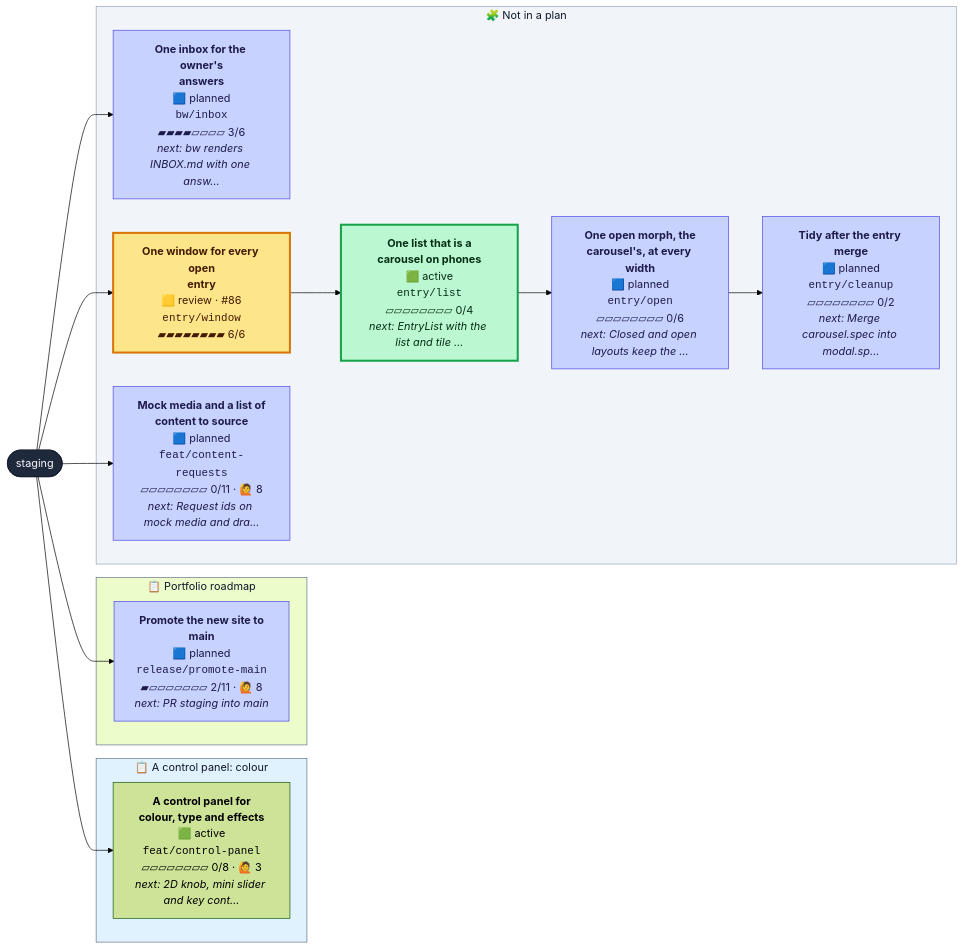
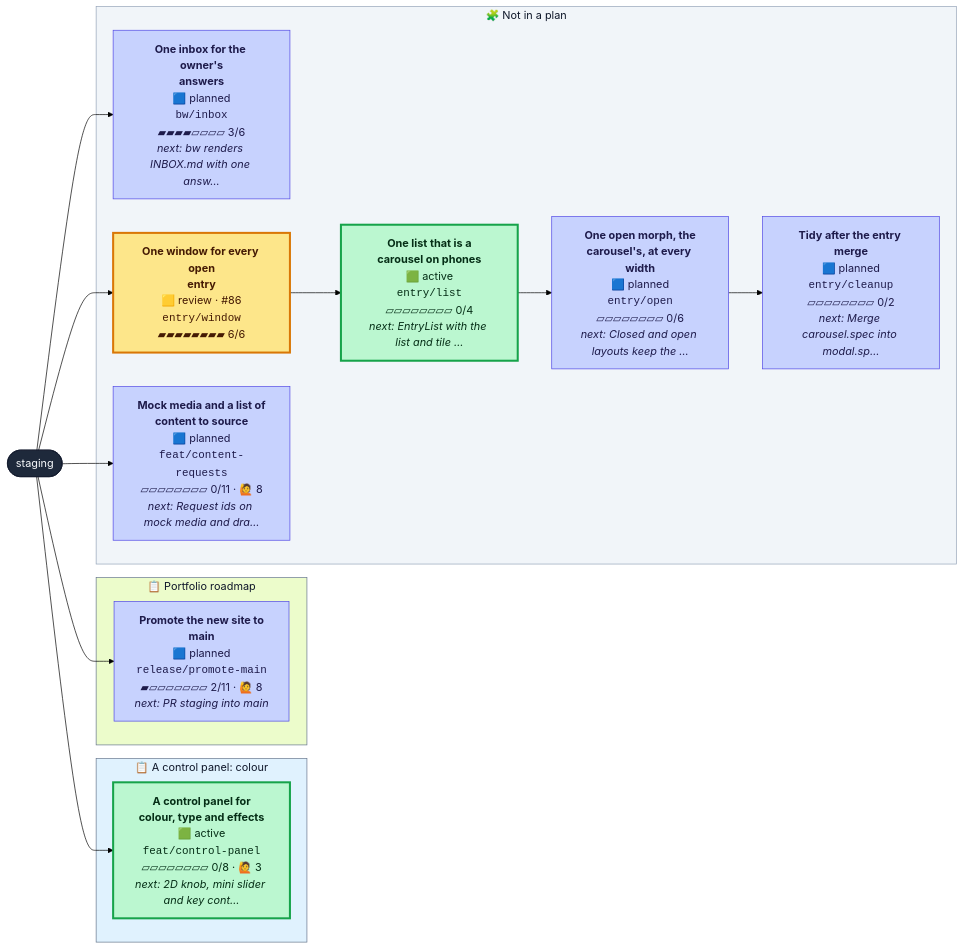
The diagram in CONTRIBUTING.md (henryjonescodes/portfolio), drawn with Mermaid (forest theme) before and after one commit. The commit also changed other lines of this file and 1 other file, not shown here.

````diff
--- a/CONTRIBUTING.md
+++ b/CONTRIBUTING.md
@@ -16,44 +16,44 @@
 ```mermaid
 flowchart LR
   n_staging([staging])
   class n_staging trunk
   subgraph plan_0["📋 A control panel: colour"]
     n_feat_control_panel["<b>A control panel for<br/>colour, type and effects</b><br/>🟩 active<br/><code>feat/control-panel</code><br/>▱▱▱▱▱▱▱▱ 0/8 · 🙋 3<br/><i>next: 2D knob, mini slider and key cont…</i>"]
-    class n_feat_control_panel active,current
+    class n_feat_control_panel active
   end
   style plan_0 fill:#e0f2fe,stroke:#64748b,color:#0f172a
   subgraph plan_2["📋 Portfolio roadmap"]
     n_release_promote_main["<b>Promote the new site to<br/>main</b><br/>🟦 planned<br/><code>release/promote-main</code><br/>▰▱▱▱▱▱▱▱ 2/11 · 🙋 8<br/><i>next: PR staging into main</i>"]
     class n_release_promote_main planned
   end
   style plan_2 fill:#ecfccb,stroke:#64748b,color:#0f172a
   subgraph loose["🧩 Not in a plan"]
     n_bw_inbox["<b>One inbox for the owner's<br/>answers</b><br/>🟦 planned<br/><code>bw/inbox</code><br/>▰▰▰▰▱▱▱▱ 3/6<br/><i>next: bw renders INBOX.md with one answ…</i>"]
     class n_bw_inbox planned
     n_entry_cleanup["<b>Tidy after the entry merge</b><br/>🟦 planned<br/><code>entry/cleanup</code><br/>▱▱▱▱▱▱▱▱ 0/2<br/><i>next: Merge carousel.spec into modal.sp…</i>"]
     class n_entry_cleanup planned
     n_entry_list["<b>One list that is a<br/>carousel on phones</b><br/>🟩 active<br/><code>entry/list</code><br/>▱▱▱▱▱▱▱▱ 0/4<br/><i>next: EntryList with the list and tile …</i>"]
     class n_entry_list active
     n_entry_open["<b>One open morph, the<br/>carousel's, at every width</b><br/>🟦 planned<br/><code>entry/open</code><br/>▱▱▱▱▱▱▱▱ 0/6<br/><i>next: Closed and open layouts keep the …</i>"]
     class n_entry_open planned
     n_entry_window["<b>One window for every open<br/>entry</b><br/>🟨 review · #86<br/><code>entry/window</code><br/>▰▰▰▰▰▰▰▰ 6/6"]
     class n_entry_window review
     n_feat_content_requests["<b>Mock media and a list of<br/>content to source</b><br/>🟦 planned<br/><code>feat/content-requests</code><br/>▱▱▱▱▱▱▱▱ 0/11 · 🙋 8<br/><i>next: Request ids on mock media and dra…</i>"]
     class n_feat_content_requests planned
   end
   style loose fill:#f1f5f9,stroke:#94a3b8,color:#0f172a
   n_staging --> n_bw_inbox
   n_entry_open --> n_entry_cleanup
   n_entry_window --> n_entry_list
   n_entry_list --> n_entry_open
   n_staging --> n_entry_window
   n_staging --> n_feat_content_requests
   n_staging --> n_feat_control_panel
   n_staging --> n_release_promote_main
   classDef planned fill:#c7d2fe,stroke:#4f46e5,color:#1e1b4b
   classDef active fill:#bbf7d0,stroke:#16a34a,stroke-width:3px,color:#052e16
   classDef review fill:#fde68a,stroke:#d97706,stroke-width:3px,color:#451a03
   classDef blocked fill:#fecaca,stroke:#dc2626,stroke-width:3px,color:#450a0a
   classDef trunk fill:#1e293b,stroke:#0f172a,color:#f8fafc
   classDef current stroke:#0ea5e9,stroke-width:5px
 ```
````
